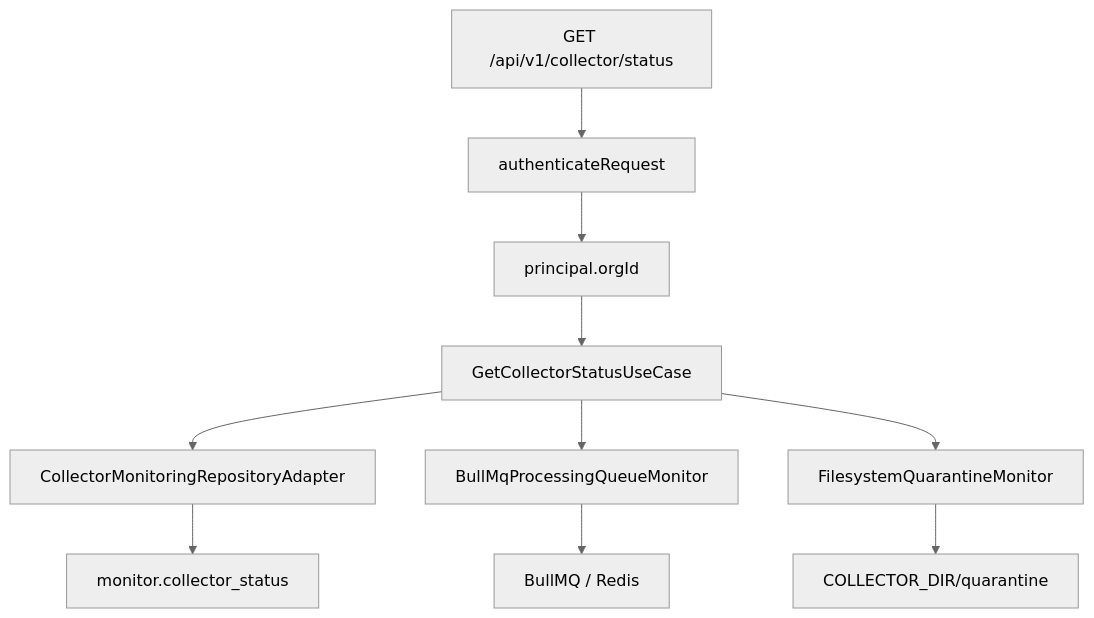
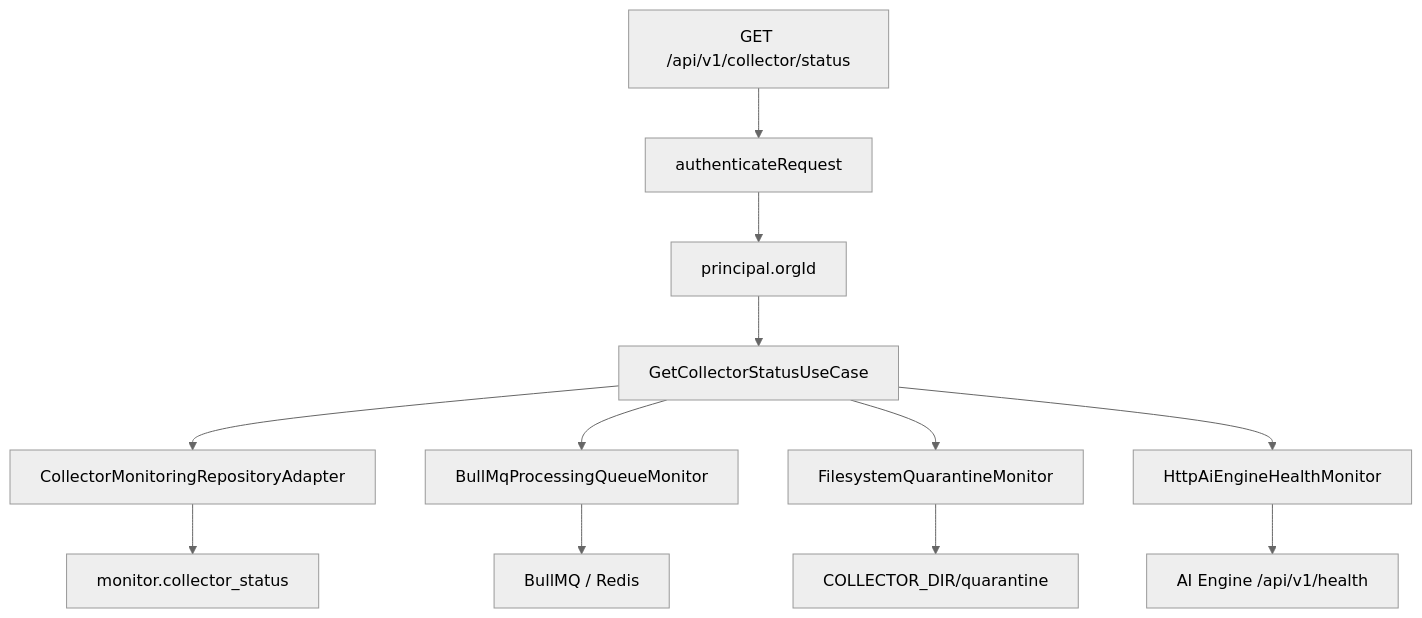
The diagram in backend/src/modules/collector-monitoring/ARCHITECTURE.md (abhaykapale/Trivikrama), drawn with Mermaid (neutral theme) before and after one commit. The commit also changed other lines of this file and 14 other files, not shown here.

````diff
--- a/backend/src/modules/collector-monitoring/ARCHITECTURE.md
+++ b/backend/src/modules/collector-monitoring/ARCHITECTURE.md
@@ -7,17 +7,20 @@
 ```mermaid
 flowchart TD
     REQUEST["GET /api/v1/collector/status"]
     AUTH["authenticateRequest"]
     ORG["principal.orgId"]
     USECASE["GetCollectorStatusUseCase"]
     ADAPTER["CollectorMonitoringRepositoryAdapter"]
     POSTGRES["monitor.collector_status"]
     QUEUE["BullMqProcessingQueueMonitor"]
     REDIS["BullMQ / Redis"]
     QUARANTINE["FilesystemQuarantineMonitor"]
     FILES["COLLECTOR_DIR/quarantine"]
+    AI_MONITOR["HttpAiEngineHealthMonitor"]
+    AI_HEALTH["AI Engine /api/v1/health"]
 
     REQUEST --> AUTH --> ORG --> USECASE --> ADAPTER --> POSTGRES
     USECASE --> QUEUE --> REDIS
     USECASE --> QUARANTINE --> FILES
+    USECASE --> AI_MONITOR --> AI_HEALTH
 ```
````
